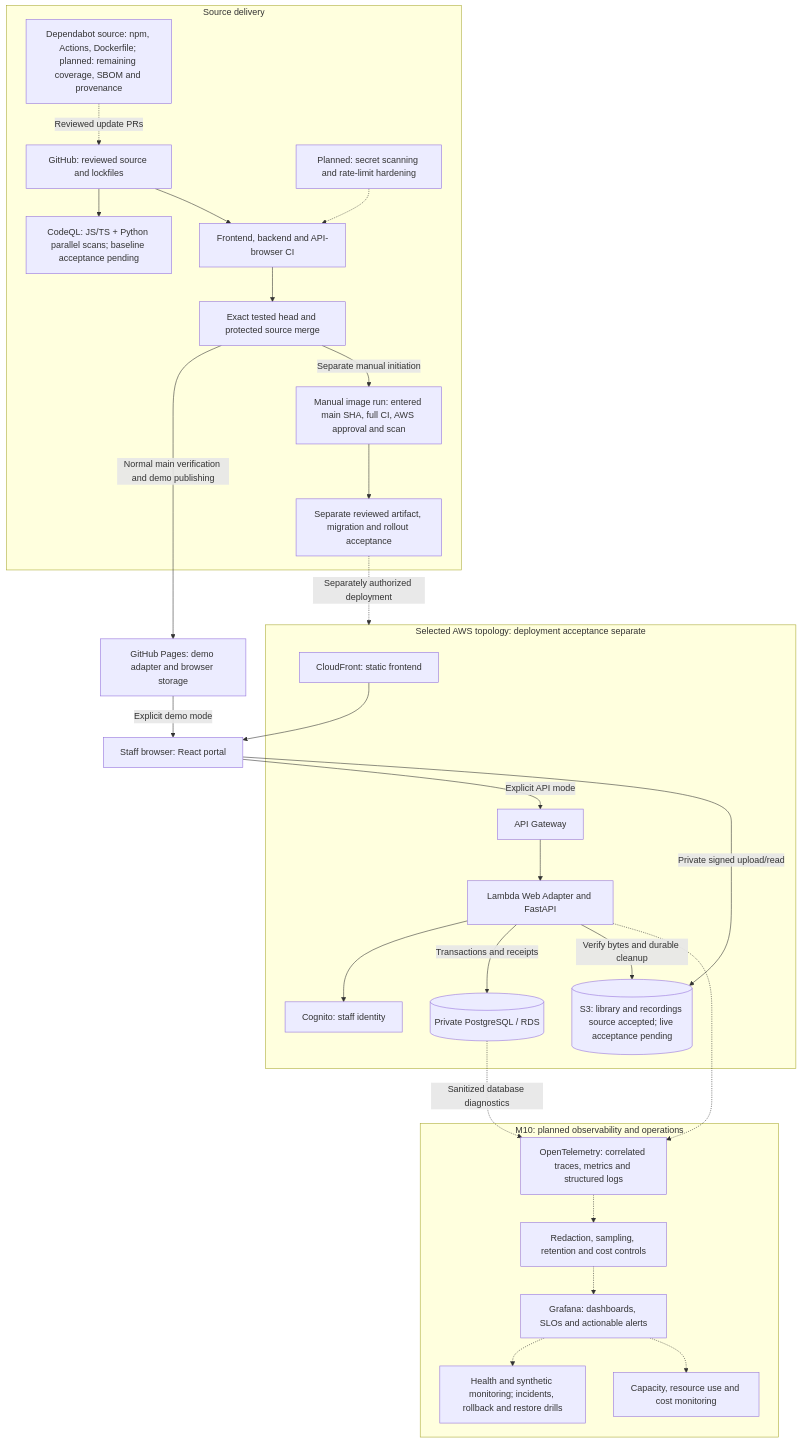
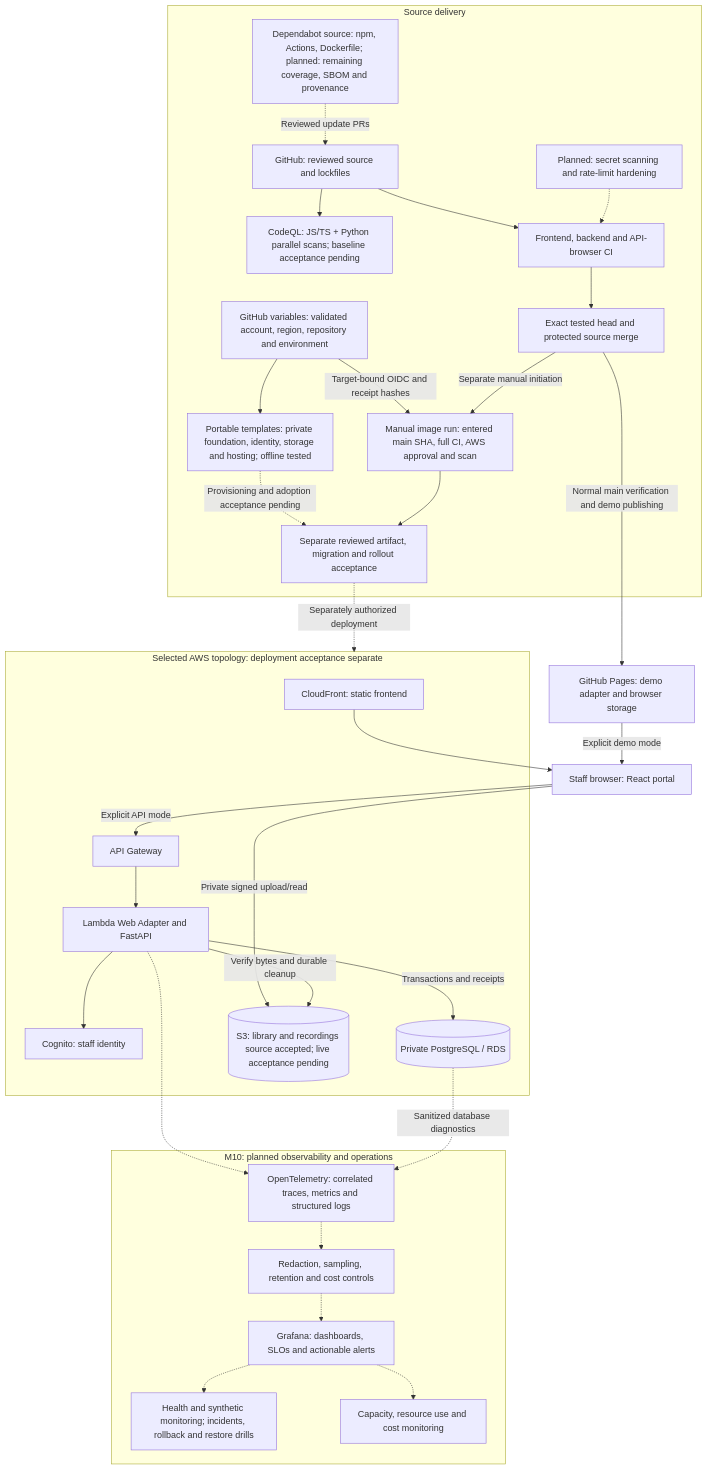
The first of 3 diagrams in docs/architecture/diagram.md (LimYouSheng/FitfinityReact), drawn with Mermaid before and after one commit. The commit also changed other lines of this file and 108 other files, not shown here.

First line of the commit message:
Prepare portable AWS deployment, private migrations and release recovery (#131)

````diff
--- a/docs/architecture/diagram.md
+++ b/docs/architecture/diagram.md
@@ -11,50 +11,55 @@
 ```mermaid
 flowchart TB
   Staff["Staff browser: React portal"]
   Pages["GitHub Pages: demo adapter and browser storage"]
   subgraph AWS["Selected AWS topology: deployment acceptance separate"]
     Assets["CloudFront: static frontend"]
     Gateway["API Gateway"]
     App["Lambda Web Adapter and FastAPI"]
     Identity["Cognito: staff identity"]
     DB[("Private PostgreSQL / RDS")]
     Media[("S3: library and recordings source accepted; live acceptance pending")]
   end
   subgraph Delivery["Source delivery"]
     Repo["GitHub: reviewed source and lockfiles"]
+    Target["GitHub variables: validated account, region, repository and environment"]
+    Templates["Portable templates: private foundation, identity, storage and hosting; offline tested"]
     CodeQL["CodeQL: JS/TS + Python parallel scans; baseline acceptance pending"]
     Repo --> CodeQL
     CI["Frontend, backend and API-browser CI"]
     Merge["Exact tested head and protected source merge"]
     Image["Manual image run: entered main SHA, full CI, AWS approval and scan"]
     Release["Separate reviewed artifact, migration and rollout acceptance"]
     Supply["Dependabot source: npm, Actions, Dockerfile; planned: remaining coverage, SBOM and provenance"]
     Security["Planned: secret scanning and rate-limit hardening"]
   end
   subgraph Operations["M10: planned observability and operations"]
     OTel["OpenTelemetry: correlated traces, metrics and structured logs"]
     Privacy["Redaction, sampling, retention and cost controls"]
     Grafana["Grafana: dashboards, SLOs and actionable alerts"]
     Ops["Health and synthetic monitoring; incidents, rollback and restore drills"]
     Capacity["Capacity, resource use and cost monitoring"]
   end
   Assets --> Staff
   Pages -->|"Explicit demo mode"| Staff
   Staff -->|"Explicit API mode"| Gateway
   Gateway --> App
   App --> Identity
   App -->|"Transactions and receipts"| DB
   Staff -->|"Private signed upload/read"| Media
   App -->|"Verify bytes and durable cleanup"| Media
   Repo --> CI --> Merge
   Merge -->|"Normal main verification and demo publishing"| Pages
+  Target -->|"Target-bound OIDC and receipt hashes"| Image
+  Target --> Templates
+  Templates -.->|"Provisioning and adoption acceptance pending"| Release
   Merge -->|"Separate manual initiation"| Image --> Release
   Release -.->|"Separately authorized deployment"| AWS
   Supply -.->|"Reviewed update PRs"| Repo
   Security -.-> CI
   App -.-> OTel
   DB -.->|"Sanitized database diagnostics"| OTel
   OTel -.-> Privacy -.-> Grafana
   Grafana -.-> Ops
   Grafana -.-> Capacity
 ```
````
